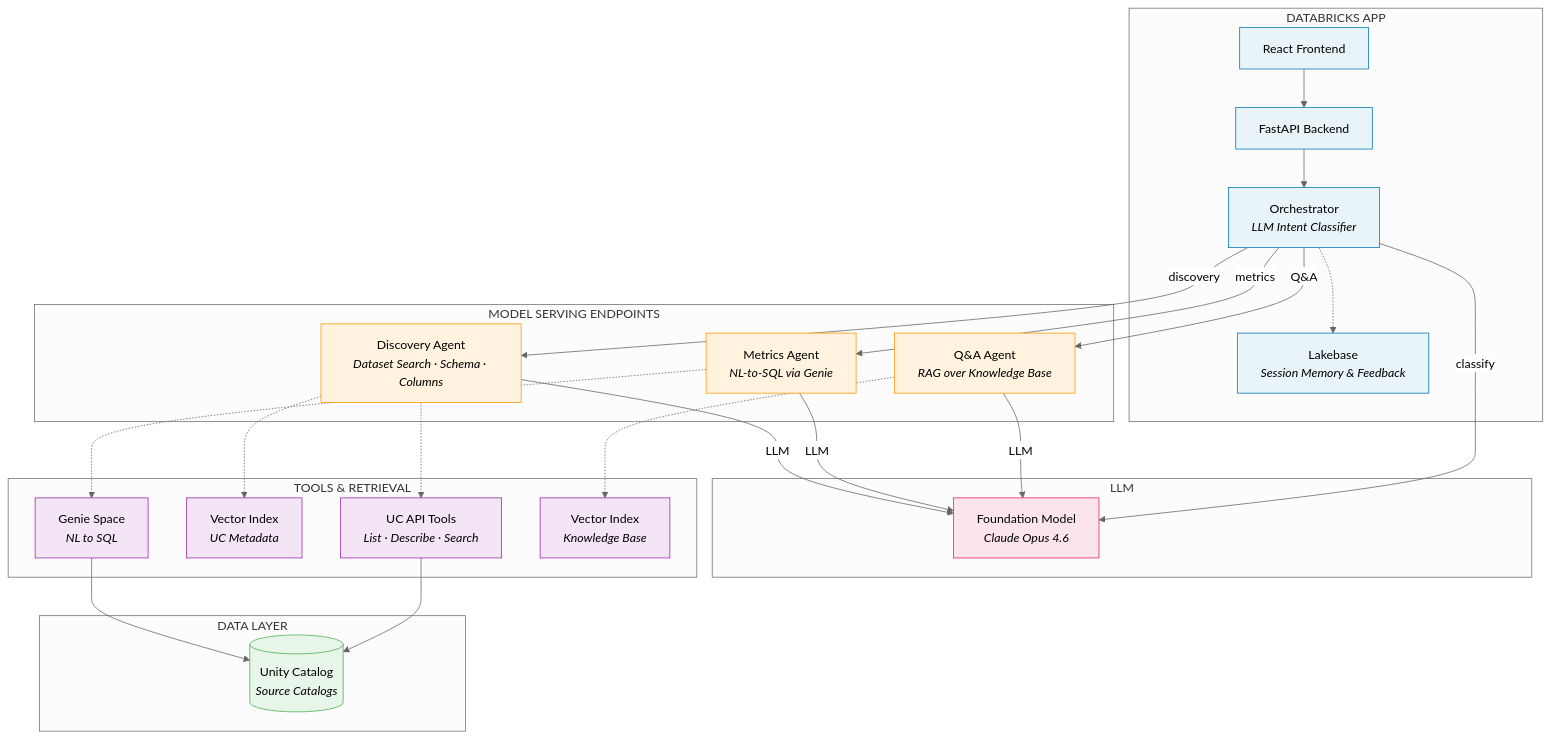
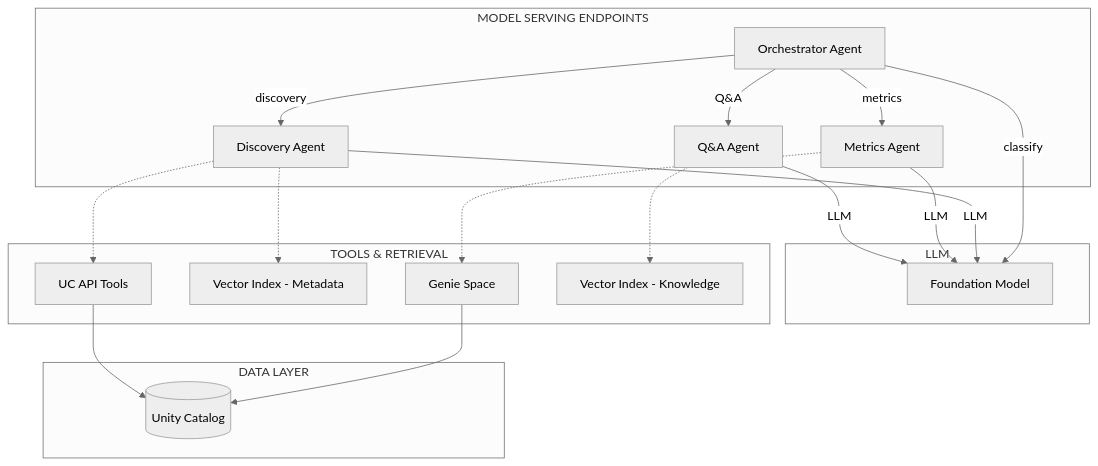
Before and after one commit to guanjieshen/uc-data-advisor: the diagram in README.md, drawn with Mermaid (neutral theme). The commit also changed other lines of this file and 27 other files, not shown here.

````diff
--- a/README.md
+++ b/README.md
@@ -7,61 +7,41 @@
 ```mermaid
 flowchart TB
-    subgraph APP["DATABRICKS APP"]
-        FE["React Frontend"]
-        API["FastAPI Backend"]
-        ORCH["Orchestrator<br/><i>LLM Intent Classifier</i>"]
-        LB["Lakebase<br/><i>Session Memory & Feedback</i>"]
-        FE --> API --> ORCH
-        ORCH -.-> LB
-    end
-
     subgraph SERVING["MODEL SERVING ENDPOINTS"]
-        DA["Discovery Agent<br/><i>Dataset Search · Schema · Columns</i>"]
-        DM["Metrics Agent<br/><i>NL-to-SQL via Genie</i>"]
-        QA["Q&A Agent<br/><i>RAG over Knowledge Base</i>"]
+        ORCH[Orchestrator Agent]
+        DA[Discovery Agent]
+        DM[Metrics Agent]
+        QA[Q&A Agent]
     end
 
     subgraph LLM["LLM"]
-        CLAUDE["Foundation Model<br/><i>Claude Opus 4.6</i>"]
+        CLAUDE[Foundation Model]
     end
 
     subgraph TOOLS["TOOLS & RETRIEVAL"]
-        UC_API["UC API Tools<br/><i>List · Describe · Search</i>"]
-        VS1["Vector Index<br/><i>UC Metadata</i>"]
-        GENIE["Genie Space<br/><i>NL to SQL</i>"]
-        VS2["Vector Index<br/><i>Knowledge Base</i>"]
+        UC_API[UC API Tools]
+        VS1[Vector Index - Metadata]
+        GENIE[Genie Space]
+        VS2[Vector Index - Knowledge]
     end
 
     subgraph DATA["DATA LAYER"]
-        UCat[("Unity Catalog<br/><i>Source Catalogs</i>")]
+        UCat[(Unity Catalog)]
     end
 
     ORCH -->|discovery| DA
     ORCH -->|metrics| DM
     ORCH -->|Q&A| QA
+    ORCH -->|classify| CLAUDE
 
     DA -->|LLM| CLAUDE
     DM -->|LLM| CLAUDE
     QA -->|LLM| CLAUDE
-    ORCH -->|classify| CLAUDE
 
     DA -.-> UC_API
     DA -.-> VS1
     DM -.-> GENIE
     QA -.-> VS2
 
     GENIE --> UCat
     UC_API --> UCat
-
-    classDef app fill:#e8f4f8,stroke:#0077b6
-    classDef serving fill:#fff3e0,stroke:#ff9800
-    classDef llm fill:#fce4ec,stroke:#e91e63
-    classDef tools fill:#f3e5f5,stroke:#9c27b0
-    classDef data fill:#e8f5e9,stroke:#4caf50
-
-    class FE,API,ORCH,LB app
-    class DA,DM,QA serving
-    class CLAUDE llm
-    class UC_API,VS1,GENIE,VS2 tools
-    class UCat data
 ```
````
